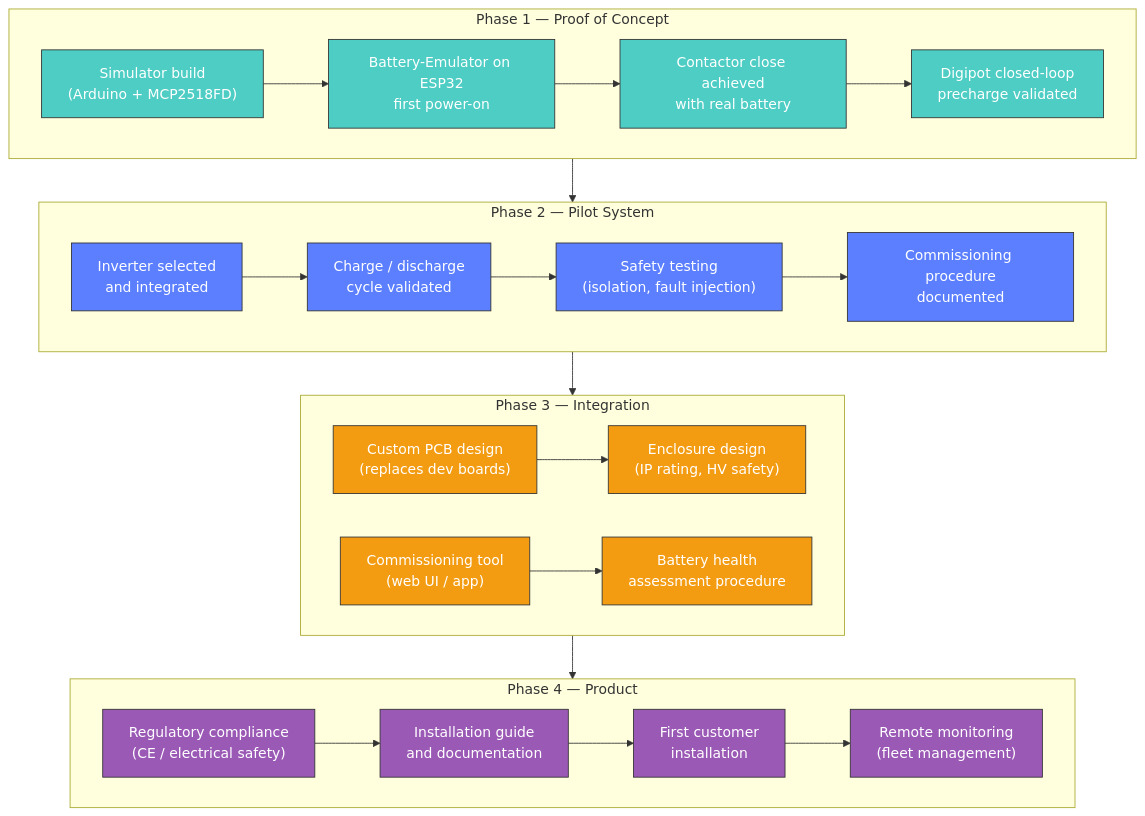
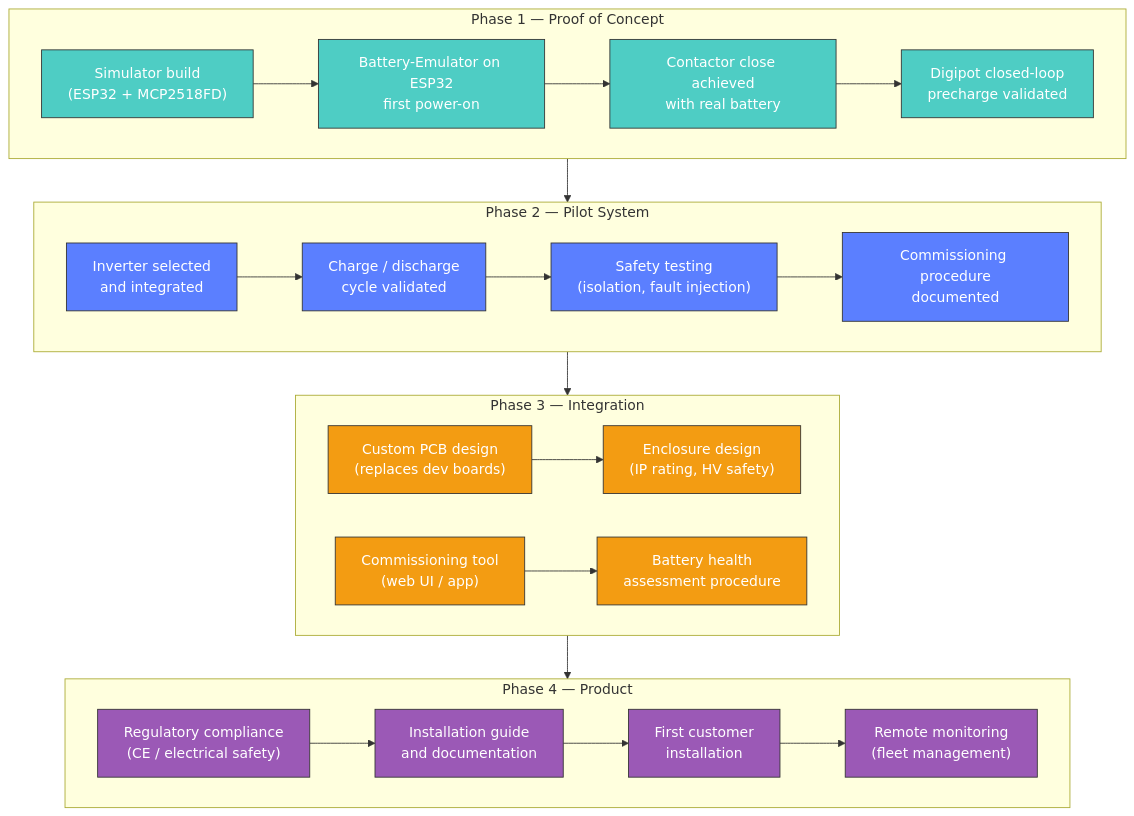
The diagram in ROADMAP.md (FoodyFood/meb-battery-solar-storage), drawn with Mermaid before and after one commit. The commit also changed 3 other files, not shown here.

````diff
--- a/ROADMAP.md
+++ b/ROADMAP.md
@@ -5,47 +5,47 @@
 ```mermaid
 flowchart TD
     subgraph POC["Phase 1 — Proof of Concept"]
-        P1["Simulator build\n(Arduino + MCP2518FD)"]
+        P1["Simulator build\n(ESP32 + MCP2518FD)"]
         P2["Battery-Emulator on ESP32\nfirst power-on"]
         P3["Contactor close achieved\nwith real battery"]
         P4["Digipot closed-loop\nprecharge validated"]
         P1 --> P2 --> P3 --> P4
     end
 
     subgraph PILOT["Phase 2 — Pilot System"]
         PI1["Inverter selected\nand integrated"]
         PI2["Charge / discharge\ncycle validated"]
         PI3["Safety testing\n(isolation, fault injection)"]
         PI4["Commissioning procedure\ndocumented"]
         PI1 --> PI2 --> PI3 --> PI4
     end
 
     subgraph INTEGRATION["Phase 3 — Integration"]
         I1["Custom PCB design\n(replaces dev boards)"]
         I2["Enclosure design\n(IP rating, HV safety)"]
         I3["Commissioning tool\n(web UI / app)"]
         I4["Battery health\nassessment procedure"]
         I1 --> I2
         I3 --> I4
     end
 
     subgraph PRODUCT["Phase 4 — Product"]
         PR1["Regulatory compliance\n(CE / electrical safety)"]
         PR2["Installation guide\nand documentation"]
         PR3["First customer\ninstallation"]
         PR4["Remote monitoring\n(fleet management)"]
         PR1 --> PR2 --> PR3 --> PR4
     end
 
     POC --> PILOT --> INTEGRATION --> PRODUCT
 
     classDef poc fill:#4ecdc4,stroke:#333,color:#fff
     classDef pilot fill:#5b7fff,stroke:#333,color:#fff
     classDef integration fill:#f39c12,stroke:#333,color:#fff
     classDef product fill:#9b59b6,stroke:#333,color:#fff
 
     class P1,P2,P3,P4 poc
     class PI1,PI2,PI3,PI4 pilot
     class I1,I2,I3,I4 integration
     class PR1,PR2,PR3,PR4 product
 ```
````
